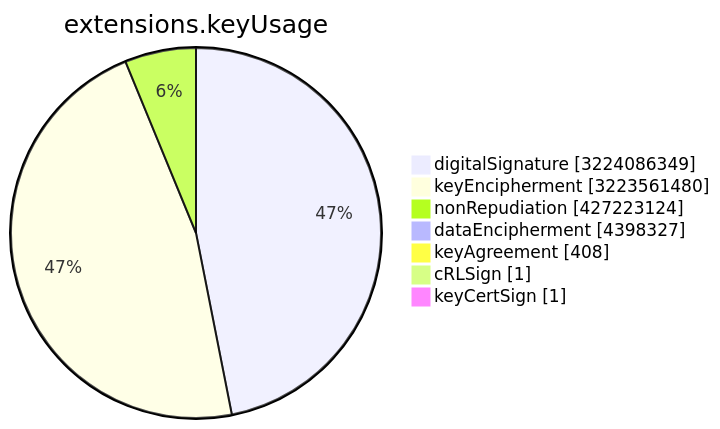
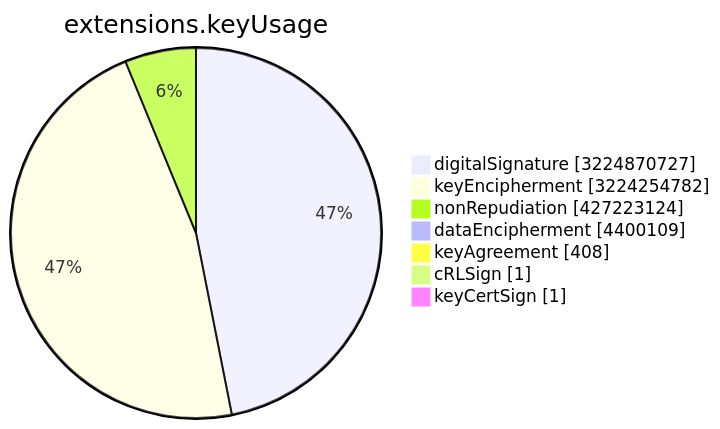
The sixth of 15 diagrams in TOTAL/README.md (christiankrug/ctmonitor_visualization), drawn with Mermaid before and after one commit. The commit also changed other lines of this file, not shown here.

````diff
--- a/TOTAL/README.md
+++ b/TOTAL/README.md
@@ -3077,11 +3077,11 @@
 ```mermaid
 pie showData
 title extensions.keyUsage
-"digitalSignature" :3224086349
-"keyEncipherment" :3223561480
+"digitalSignature" :3224870727
+"keyEncipherment" :3224254782
 "nonRepudiation" :427223124
-"dataEncipherment" :4398327
+"dataEncipherment" :4400109
 "keyAgreement" :408
 "cRLSign" :1
 "keyCertSign" :1
 ```
````
